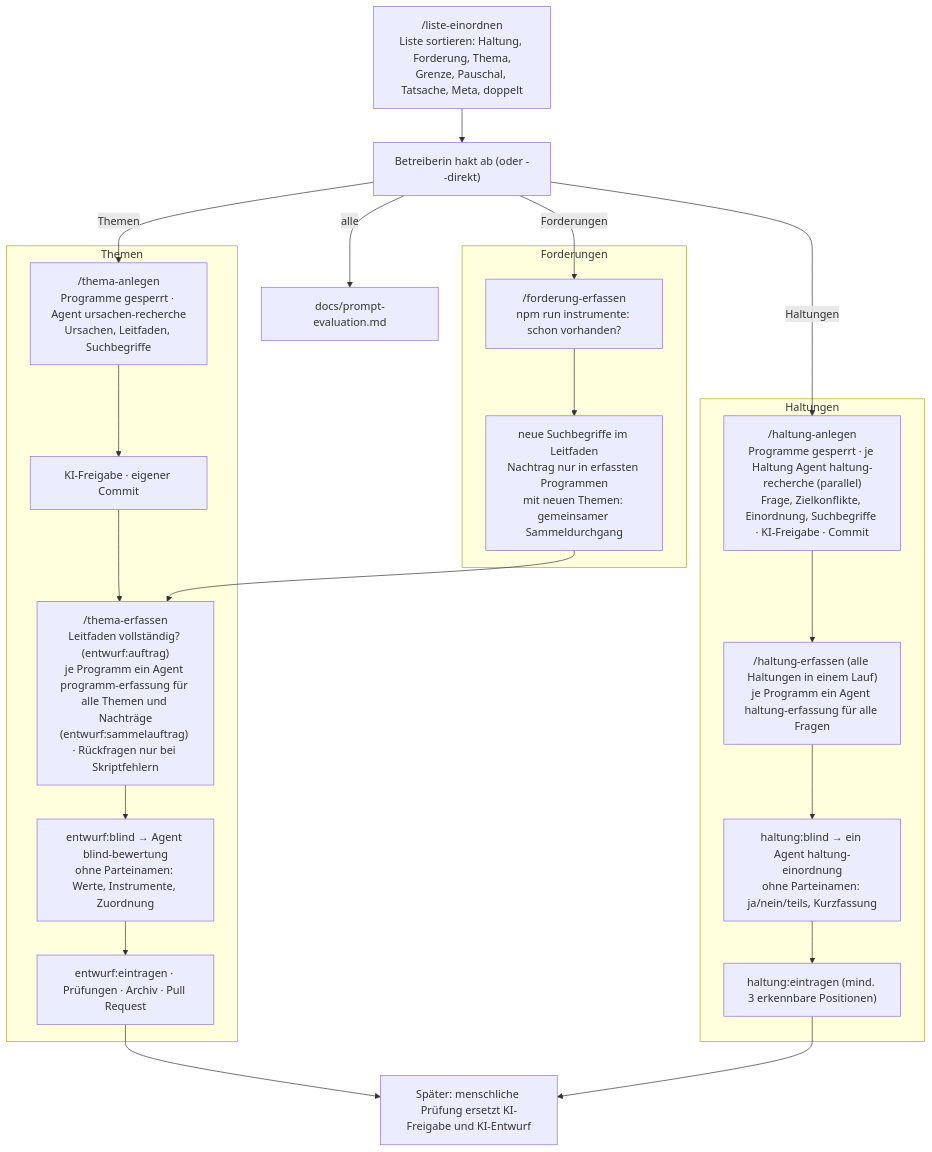
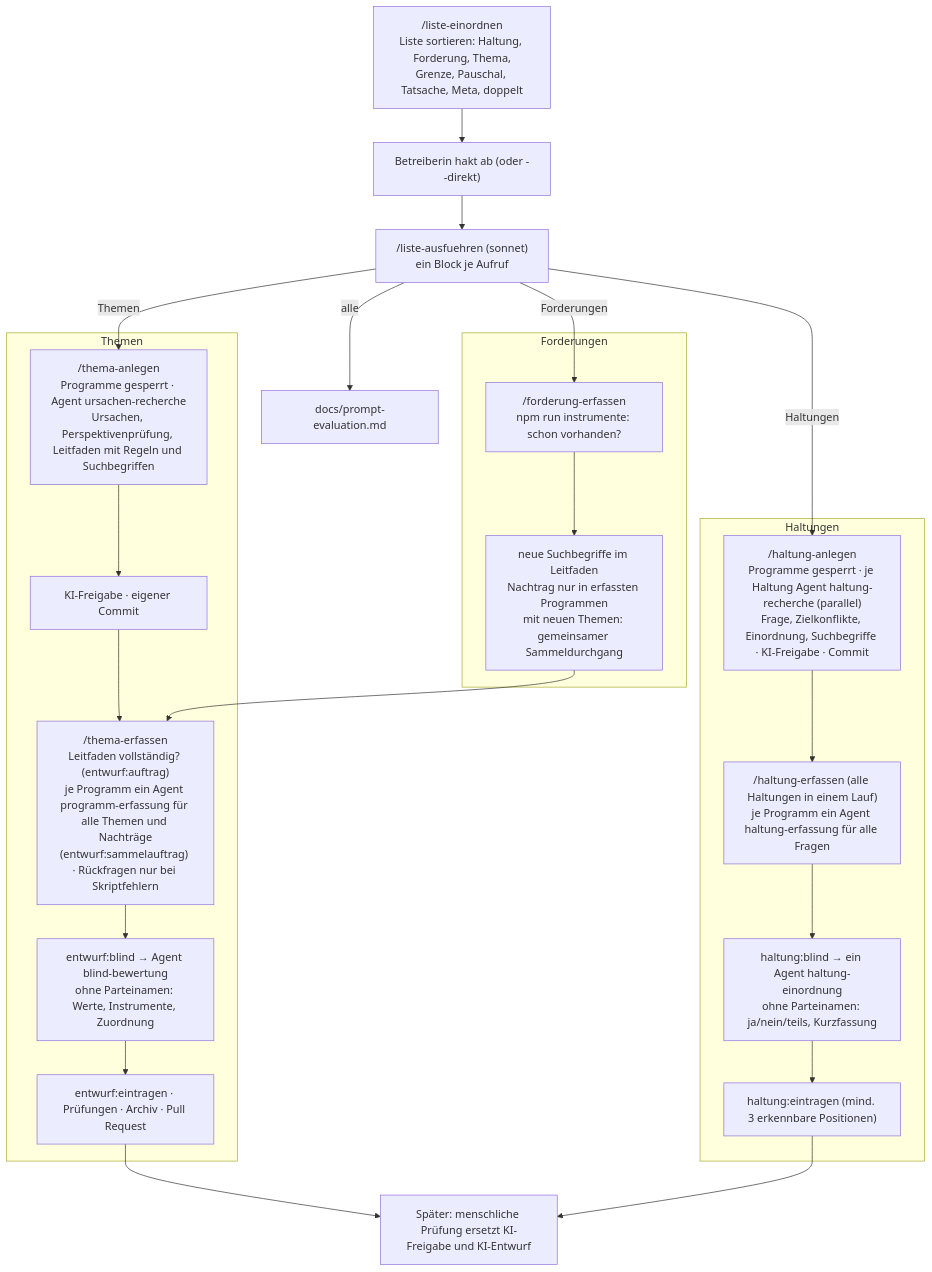
Before and after one commit to politik-duell/politik-duell: the diagram in .claude/skills/README.md, drawn with Mermaid. The commit also changed other lines of this file and 14 other files, not shown here.

First line of the commit message:
Koordination mit sonnet, Sammelbefehle, Leitfaden vom Recherche-Agenten

````diff
--- a/.claude/skills/README.md
+++ b/.claude/skills/README.md
@@ -5,32 +5,33 @@
 ```mermaid
 flowchart TD
     L["/liste-einordnen<br/>Liste sortieren: Haltung, Forderung, Thema,<br/>Grenze, Pauschal, Tatsache, Meta, doppelt"]
-    LB["Betreiberin hakt ab (oder --direkt)"]
-    L --> LB
+    LA["Betreiberin hakt ab (oder --direkt)"]
+    LB["/liste-ausfuehren (sonnet)<br/>ein Block je Aufruf"]
+    L --> LA --> LB
     LB -->|Haltungen| H1
     LB -->|Themen| T1
     LB -->|Forderungen| F1
     LB -->|alle| EV["docs/prompt-evaluation.md"]
     subgraph T["Themen"]
-        T1["/thema-anlegen<br/>Programme gesperrt · Agent ursachen-recherche<br/>Ursachen, Leitfaden, Suchbegriffe"]
+        T1["/thema-anlegen<br/>Programme gesperrt · Agent ursachen-recherche<br/>Ursachen, Perspektivenprüfung, Leitfaden mit Regeln und Suchbegriffen"]
         T2["KI-Freigabe · eigener Commit"]
         T3["/thema-erfassen<br/>Leitfaden vollständig? (entwurf:auftrag)<br/>je Programm ein Agent programm-erfassung für alle Themen und Nachträge<br/>(entwurf:sammelauftrag) · Rückfragen nur bei Skriptfehlern"]
         T4["entwurf:blind → Agent blind-bewertung<br/>ohne Parteinamen: Werte, Instrumente, Zuordnung"]
         T5["entwurf:eintragen · Prüfungen · Archiv · Pull Request"]
         T1 --> T2 --> T3 --> T4 --> T5
     end
     subgraph F["Forderungen"]
         F1["/forderung-erfassen<br/>npm run instrumente: schon vorhanden?"]
         F2["neue Suchbegriffe im Leitfaden<br/>Nachtrag nur in erfassten Programmen<br/>mit neuen Themen: gemeinsamer Sammeldurchgang"]
         F1 --> F2 --> T3
     end
     subgraph H["Haltungen"]
         H1["/haltung-anlegen<br/>Programme gesperrt · je Haltung Agent haltung-recherche (parallel)<br/>Frage, Zielkonflikte, Einordnung, Suchbegriffe · KI-Freigabe · Commit"]
         H2["/haltung-erfassen (alle Haltungen in einem Lauf)<br/>je Programm ein Agent haltung-erfassung für alle Fragen"]
         H3["haltung:blind → ein Agent haltung-einordnung<br/>ohne Parteinamen: ja/nein/teils, Kurzfassung"]
         H4["haltung:eintragen (mind. 3 erkennbare Positionen)"]
         H1 --> H2 --> H3 --> H4
     end
     T5 --> P["Später: menschliche Prüfung ersetzt KI-Freigabe und KI-Entwurf"]
     H4 --> P
 ```
````
